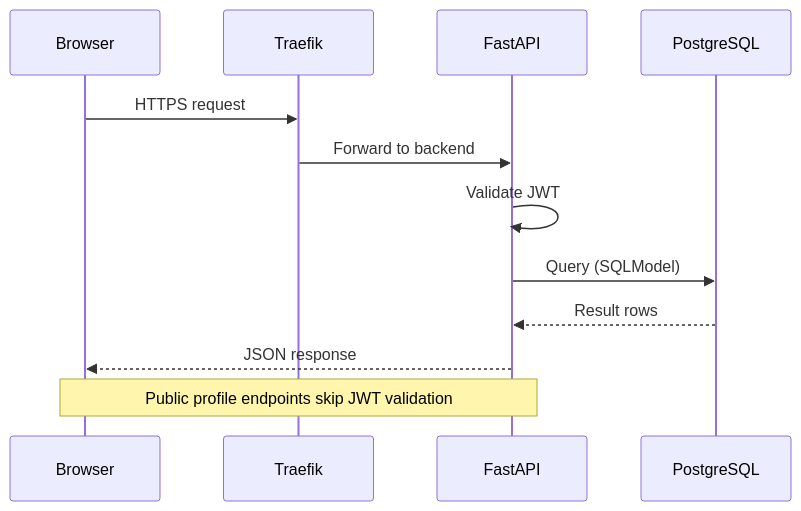
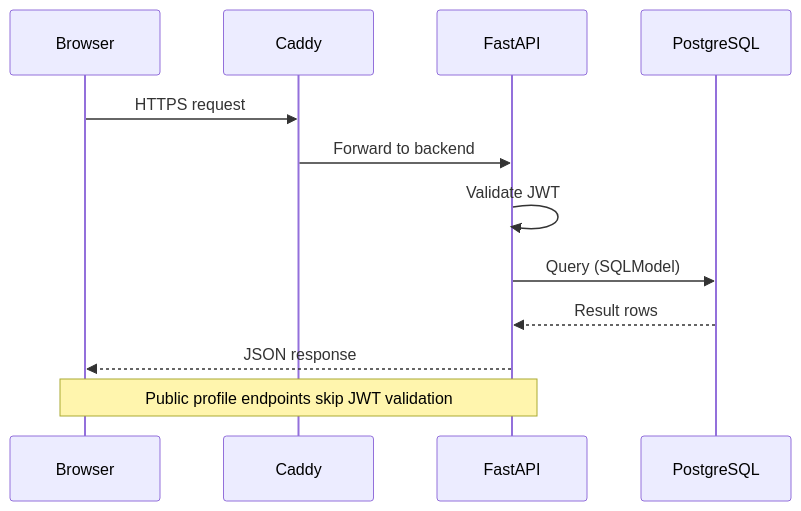
The third of 3 diagrams in README.md (hasan-sakib/creatorhandle), drawn with Mermaid before and after one commit. The commit also changed other lines of this file and 147 other files, not shown here.

````diff
--- a/README.md
+++ b/README.md
@@ -136,16 +134,16 @@
 ```mermaid
 sequenceDiagram
     participant B as Browser
-    participant T as Traefik
+    participant T as Caddy
     participant F as FastAPI
     participant D as PostgreSQL
 
     B->>T: HTTPS request
     T->>F: Forward to backend
     F->>F: Validate JWT
     F->>D: Query (SQLModel)
     D-->>F: Result rows
     F-->>B: JSON response
 
     Note over B,F: Public profile endpoints skip JWT validation
 ```
````
